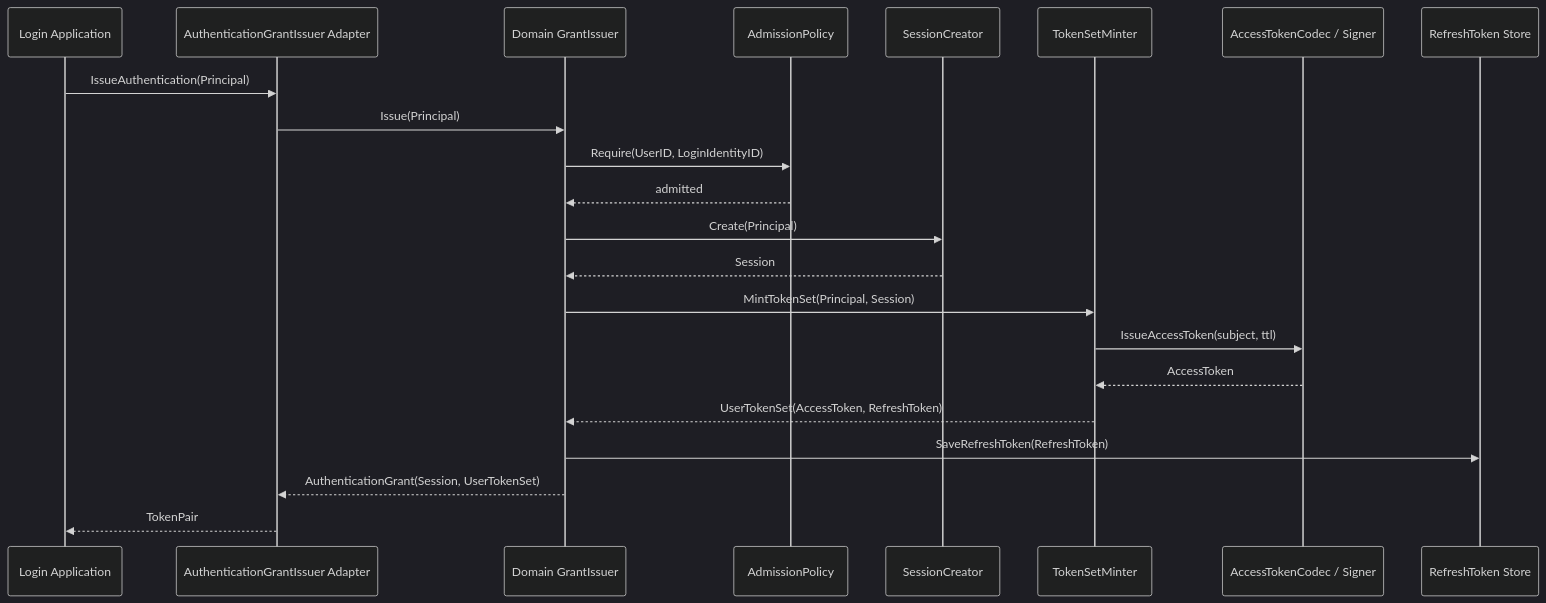
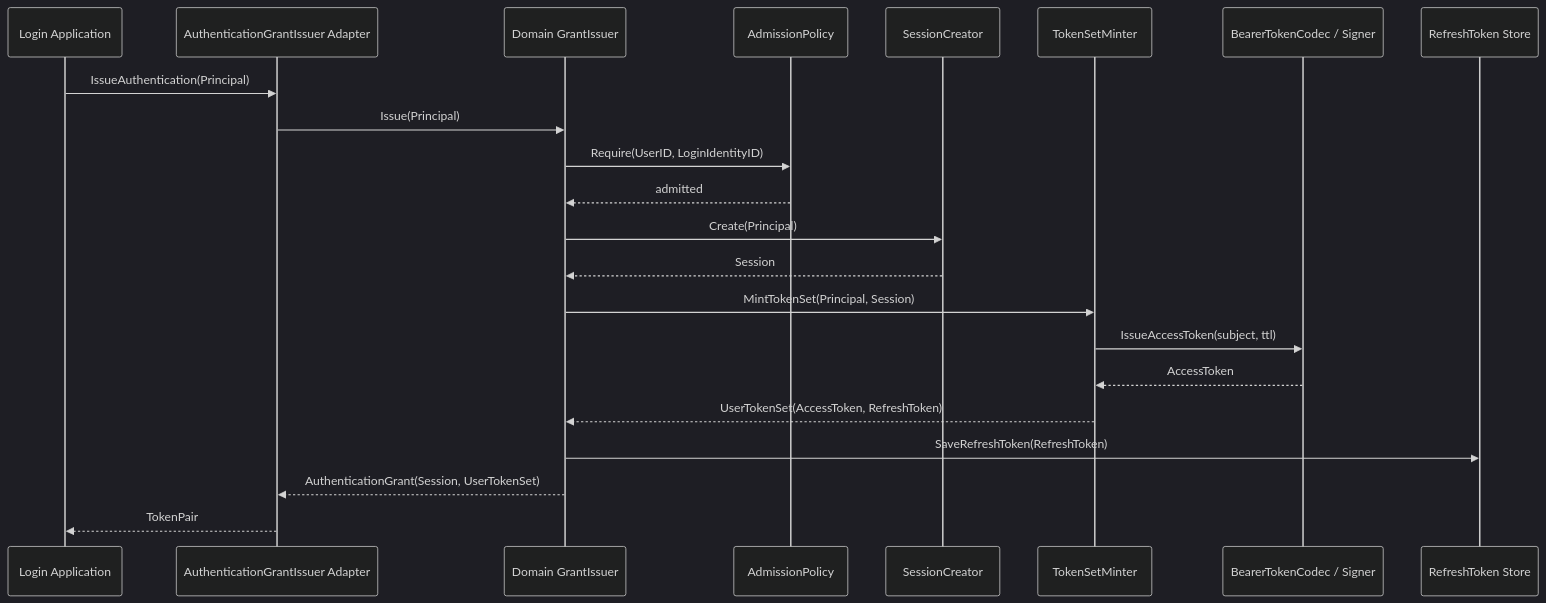
One commit to FangcunMount/iam changed the second of 9 diagrams in docs/02-业务模块/02-AuthN/05-关键链路-Token签发刷新吊销.md. Above: the diagram before and after it, drawn with Mermaid (dark theme). The commit also changed other lines of this file and 9 other files, not shown here.

````diff
--- a/docs/02-业务模块/02-AuthN/05-关键链路-Token签发刷新吊销.md
+++ b/docs/02-业务模块/02-AuthN/05-关键链路-Token签发刷新吊销.md
@@ -208,25 +208,25 @@
 ```mermaid
 sequenceDiagram
     participant Login as Login Application
     participant A as AuthenticationGrantIssuer Adapter
     participant G as Domain GrantIssuer
     participant AP as AdmissionPolicy
     participant SC as SessionCreator
     participant TM as TokenSetMinter
-    participant C as AccessTokenCodec / Signer
+    participant C as BearerTokenCodec / Signer
     participant RS as RefreshToken Store
 
     Login->>A: IssueAuthentication(Principal)
     A->>G: Issue(Principal)
     G->>AP: Require(UserID, LoginIdentityID)
     AP-->>G: admitted
     G->>SC: Create(Principal)
     SC-->>G: Session
     G->>TM: MintTokenSet(Principal, Session)
     TM->>C: IssueAccessToken(subject, ttl)
     C-->>TM: AccessToken
     TM-->>G: UserTokenSet(AccessToken, RefreshToken)
     G->>RS: SaveRefreshToken(RefreshToken)
     G-->>A: AuthenticationGrant(Session, UserTokenSet)
     A-->>Login: TokenPair
 ```
````
